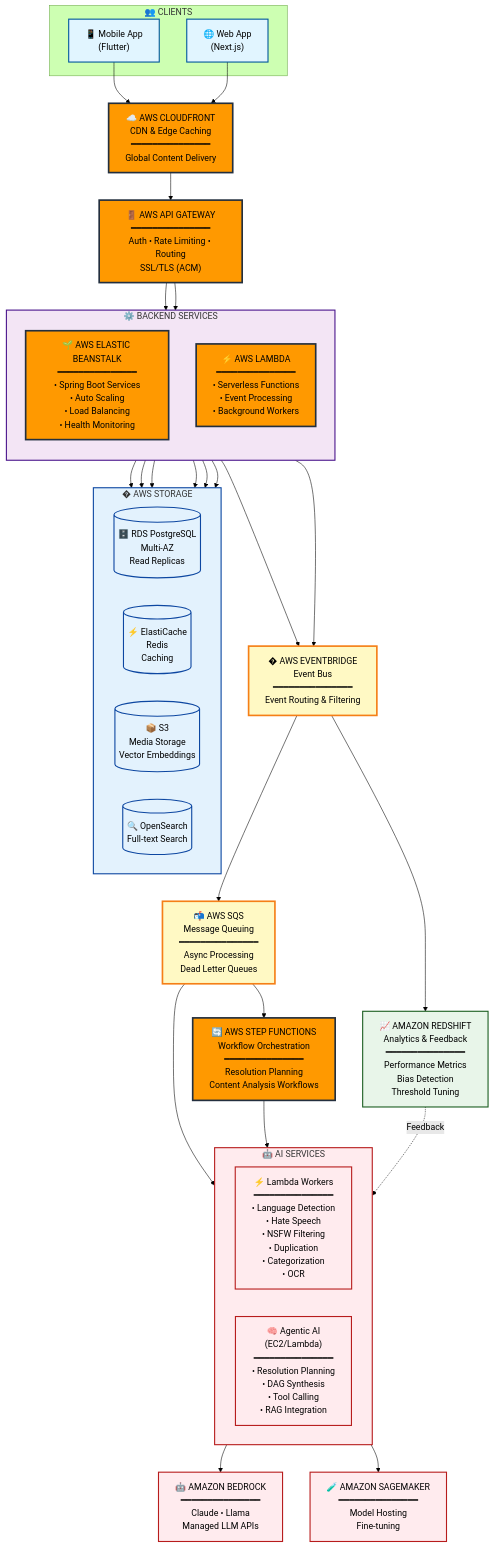
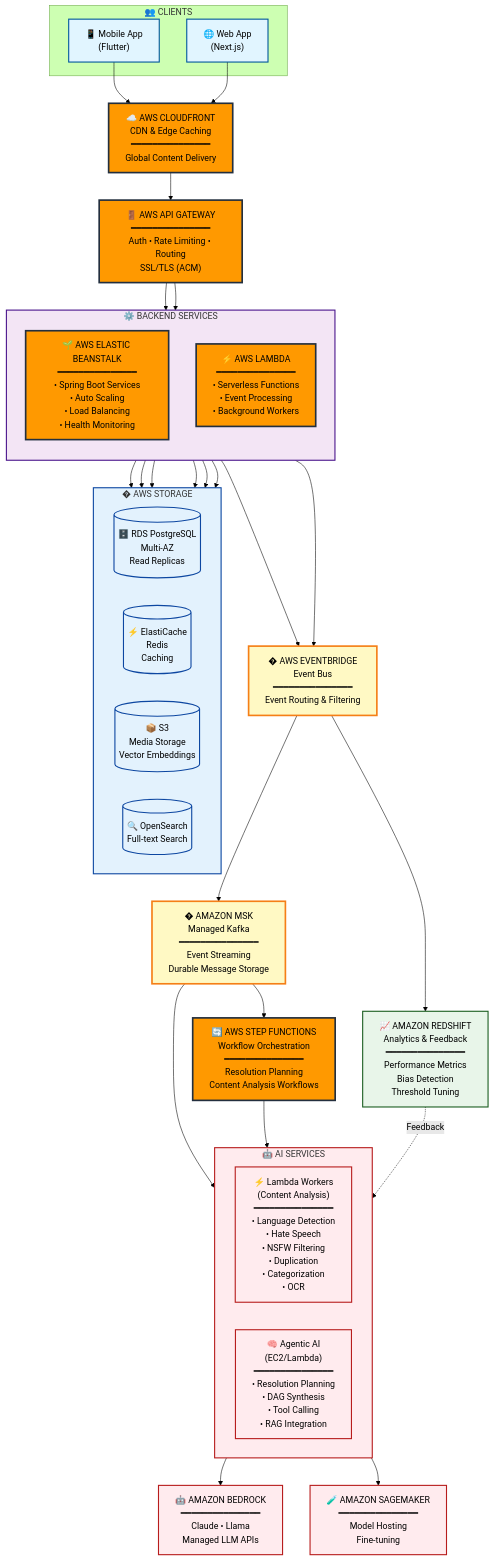
Before and after one commit to ShubhPundir/Mudda-AI-For-Bharat: the first of 5 diagrams in .kiro/specs/mudda-platform/design.md, drawn with Mermaid (forest theme). The commit also changed other lines of this file and 1 other file, not shown here.

Commit message:
dev: finalized with MSK and other AWS services mentioned

```diff
--- a/.kiro/specs/mudda-platform/design.md
+++ b/.kiro/specs/mudda-platform/design.md
@@ -172,13 +172,13 @@
     
     EventBridge["� AWS EVENTBRIDGE<br/>Event Bus<br/>━━━━━━━━━━━━━━━<br/>Event Routing & Filtering"]
     
-    SQS["📬 AWS SQS<br/>Message Queuing<br/>━━━━━━━━━━━━━━━<br/>Async Processing<br/>Dead Letter Queues"]
+    MSK["� AMAZON MSK<br/>Managed Kafka<br/>━━━━━━━━━━━━━━━<br/>Event Streaming<br/>Durable Message Storage"]
     
     StepFunctions["🔄 AWS STEP FUNCTIONS<br/>Workflow Orchestration<br/>━━━━━━━━━━━━━━━<br/>Resolution Planning<br/>Content Analysis Workflows"]
     
     subgraph AI["🤖 AI SERVICES"]
         direction LR
-        LambdaAI["⚡ Lambda Workers<br/>━━━━━━━━━━━━━━━<br/>• Language Detection<br/>• Hate Speech<br/>• NSFW Filtering<br/>• Duplication<br/>• Categorization<br/>• OCR"]
+        LambdaAI["⚡ Lambda Workers<br/>(Content Analysis)<br/>━━━━━━━━━━━━━━━<br/>• Language Detection<br/>• Hate Speech<br/>• NSFW Filtering<br/>• Duplication<br/>• Categorization<br/>• OCR"]
         AgenticAI["🧠 Agentic AI<br/>(EC2/Lambda)<br/>━━━━━━━━━━━━━━━<br/>• Resolution Planning<br/>• DAG Synthesis<br/>• Tool Calling<br/>• RAG Integration"]
     end
     
@@ -205,10 +205,10 @@
     
     Beanstalk --> EventBridge
     Lambda --> EventBridge
-    EventBridge --> SQS
+    EventBridge --> MSK
     
-    SQS --> LambdaAI
-    SQS --> StepFunctions
+    MSK --> LambdaAI
+    MSK --> StepFunctions
     StepFunctions --> AgenticAI
     
     AgenticAI --> Bedrock
@@ -236,7 +236,7 @@
     class Mobile,Web clientStyle
     class CloudFront,Gateway,Beanstalk,Lambda,StepFunctions awsStyle
     class Backend serviceStyle
-    class EventBridge,SQS eventStyle
+    class EventBridge,MSK eventStyle
     class LambdaAI,AgenticAI,AI,Bedrock,SageMaker aiStyle
     class Storage,RDS,ElastiCache,S3,OpenSearch storageStyle
     class Redshift analyticsStyle
```
